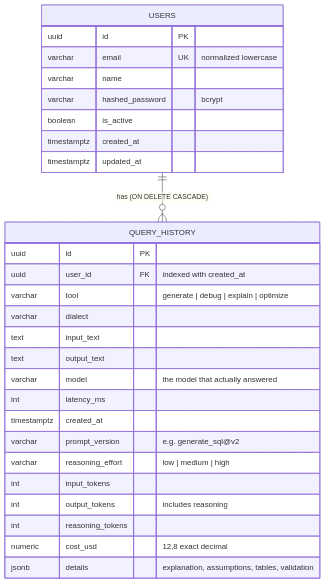
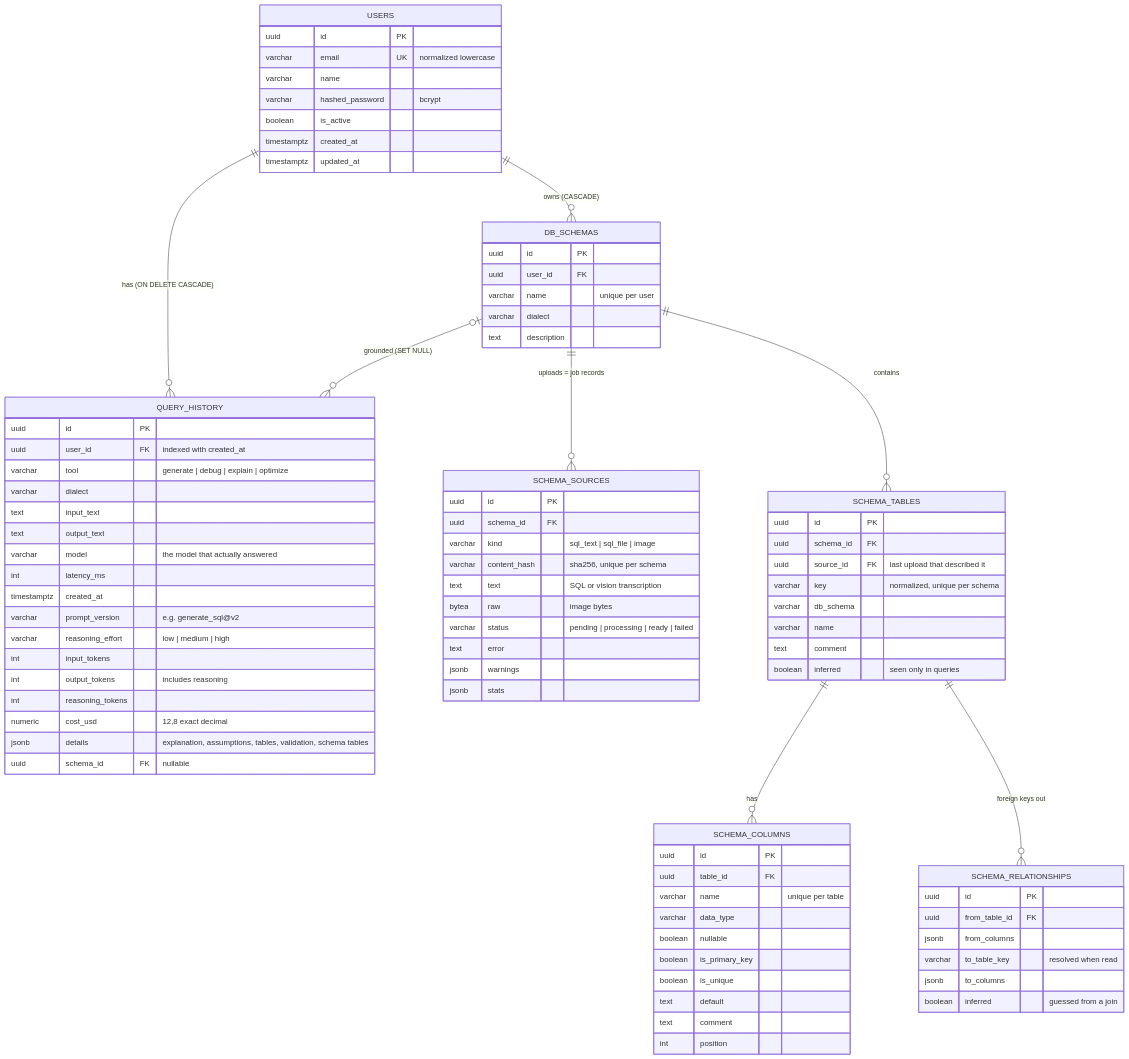
The seventh of 10 diagrams in README.md (TanmayDeshpande29/AI-powered-SQL-Assistant), drawn with Mermaid before and after one commit. The commit also changed other lines of this file and 48 other files, not shown here.

First line of the commit message:
Phase 2: schema ingestion (SQL text, .sql files, screenshots -> normalized schema)

````diff
--- a/README.md
+++ b/README.md
@@ -180,6 +222,12 @@
 ```mermaid
 erDiagram
     USERS ||--o{ QUERY_HISTORY : "has (ON DELETE CASCADE)"
+    USERS ||--o{ DB_SCHEMAS : "owns (CASCADE)"
+    DB_SCHEMAS ||--o{ SCHEMA_SOURCES : "uploads = job records"
+    DB_SCHEMAS ||--o{ SCHEMA_TABLES : "contains"
+    SCHEMA_TABLES ||--o{ SCHEMA_COLUMNS : "has"
+    SCHEMA_TABLES ||--o{ SCHEMA_RELATIONSHIPS : "foreign keys out"
+    DB_SCHEMAS |o--o{ QUERY_HISTORY : "grounded (SET NULL)"
     USERS {
         uuid id PK
         varchar email UK "normalized lowercase"
@@ -205,6 +253,56 @@
         int output_tokens "includes reasoning"
         int reasoning_tokens
         numeric cost_usd "12,8 exact decimal"
-        jsonb details "explanation, assumptions, tables, validation"
+        jsonb details "explanation, assumptions, tables, validation, schema tables"
+        uuid schema_id FK "nullable"
+    }
+    DB_SCHEMAS {
+        uuid id PK
+        uuid user_id FK
+        varchar name "unique per user"
+        varchar dialect
+        text description
+    }
+    SCHEMA_SOURCES {
+        uuid id PK
+        uuid schema_id FK
+        varchar kind "sql_text | sql_file | image"
+        varchar content_hash "sha256, unique per schema"
+        text text "SQL or vision transcription"
+        bytea raw "image bytes"
+        varchar status "pending | processing | ready | failed"
+        text error
+        jsonb warnings
+        jsonb stats
+    }
+    SCHEMA_TABLES {
+        uuid id PK
+        uuid schema_id FK
+        uuid source_id FK "last upload that described it"
+        varchar key "normalized, unique per schema"
+        varchar db_schema
+        varchar name
+        text comment
+        boolean inferred "seen only in queries"
+    }
+    SCHEMA_COLUMNS {
+        uuid id PK
+        uuid table_id FK
+        varchar name "unique per table"
+        varchar data_type
+        boolean nullable
+        boolean is_primary_key
+        boolean is_unique
+        text default
+        text comment
+        int position
+    }
+    SCHEMA_RELATIONSHIPS {
+        uuid id PK
+        uuid from_table_id FK
+        jsonb from_columns
+        varchar to_table_key "resolved when read"
+        jsonb to_columns
+        boolean inferred "guessed from a join"
     }
 ```
````
